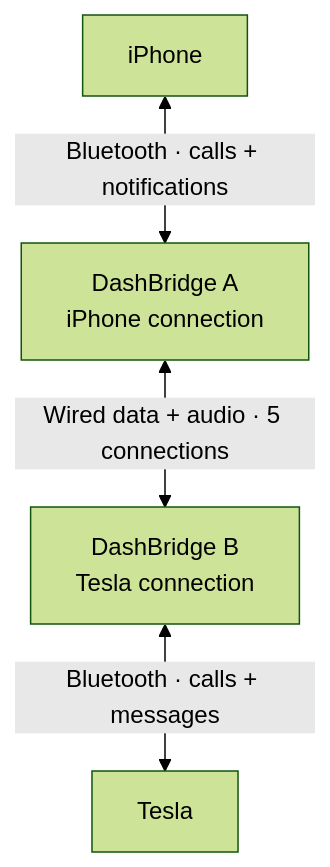
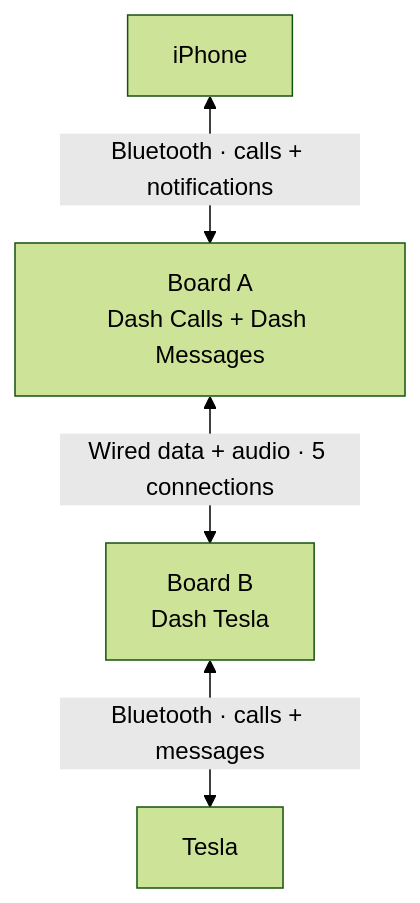
One commit to thomasgregg/DashBridge changed the diagram in README.md. Above: the diagram before and after it, drawn with Mermaid (forest theme). The commit also changed other lines of this file and 44 other files, not shown here.

````diff
--- a/README.md
+++ b/README.md
@@ -44,11 +44,11 @@
 ```mermaid
 flowchart TB
     phone["iPhone"]
-    receiver["DashBridge A<br/>iPhone connection"]
-    gateway["DashBridge B<br/>Tesla connection"]
+    receiver["Board A<br/>Dash Calls + Dash Messages"]
+    gateway["Board B<br/>Dash Tesla"]
     car["Tesla"]
 
     phone <-->|"Bluetooth · calls + notifications"| receiver
     receiver <-->|"Wired data + audio · 5 connections"| gateway
     gateway <-->|"Bluetooth · calls + messages"| car
 ```
````
